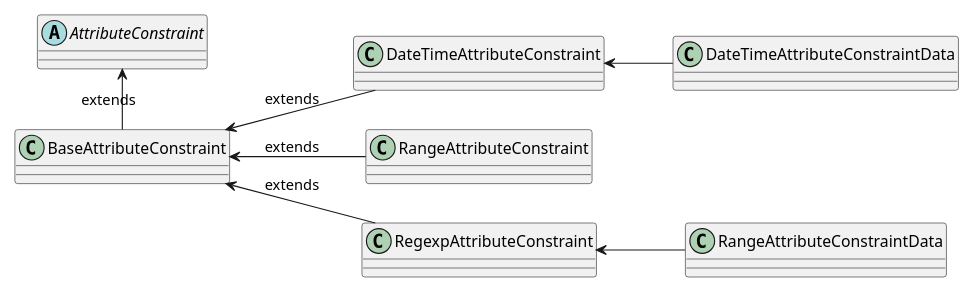
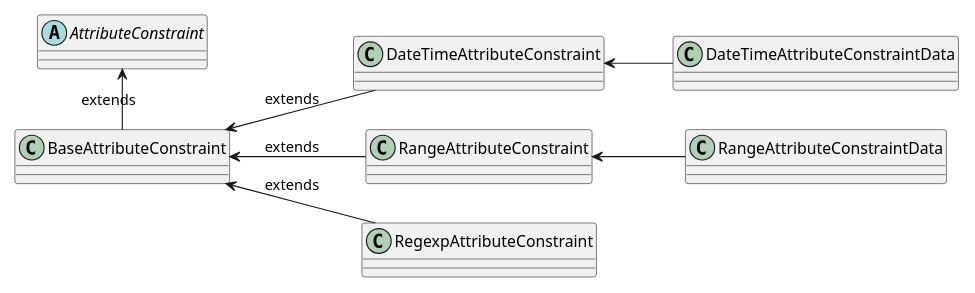
One commit to OmniTrustILM/documentation changed the diagram in docs/contributors/attributes/constraints.mdx. Above: the diagram before and after it, drawn with PlantUML. The commit also changed other lines of this file and 7 other files, not shown here.

````diff
--- a/docs/contributors/attributes/constraints.mdx
+++ b/docs/contributors/attributes/constraints.mdx
@@ -170,23 +170,23 @@
 ```plantuml
 @startuml
     scale 3/4
     left to right direction
 
     abstract AttributeConstraint
     
     class BaseAttributeConstraint
     class DateTimeAttributeConstraint
     class RangeAttributeConstraint
     class RegexpAttributeConstraint
     
     class DateTimeAttributeConstraintData
     class RangeAttributeConstraintData
   
     AttributeConstraint <-right- BaseAttributeConstraint : extends
     BaseAttributeConstraint <-- DateTimeAttributeConstraint : extends
     BaseAttributeConstraint <-- RangeAttributeConstraint : extends
     BaseAttributeConstraint <-- RegexpAttributeConstraint : extends
     
     DateTimeAttributeConstraint <-- DateTimeAttributeConstraintData
-    RegexpAttributeConstraint <-- RangeAttributeConstraintData
+    RangeAttributeConstraint <-- RangeAttributeConstraintData
 ```
````
